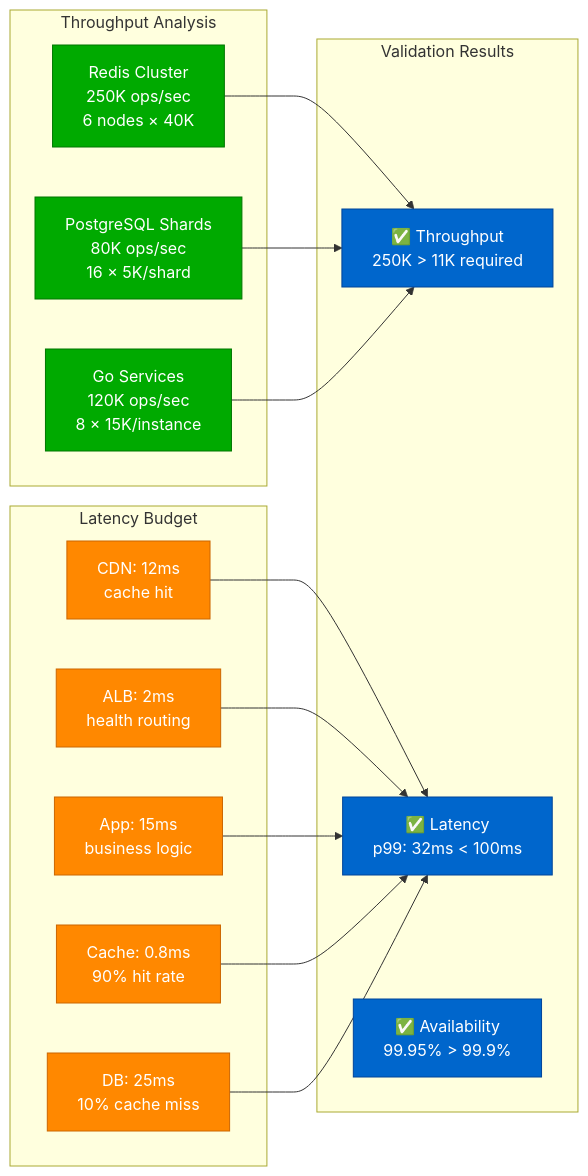
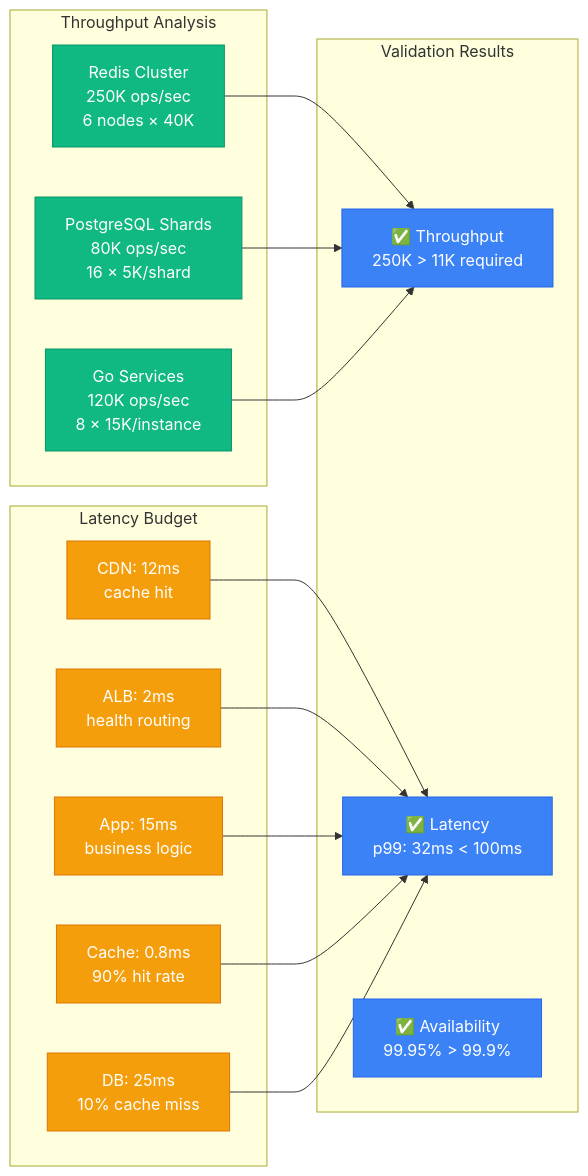
The second of 2 diagrams in site/docs/getting-started/quick-start.md (deepaucksharma/DS), drawn with Mermaid before and after one commit. The commit also changed other lines of this file and 303 other files, not shown here.

````diff
--- a/site/docs/getting-started/quick-start.md
+++ b/site/docs/getting-started/quick-start.md
@@ -107,39 +107,39 @@
 ```mermaid
 flowchart LR
     subgraph Throughput["Throughput Analysis"]
         CACHE["Redis Cluster<br/>250K ops/sec<br/>6 nodes × 40K"]
         DB["PostgreSQL Shards<br/>80K ops/sec<br/>16 × 5K/shard"]
         APP["Go Services<br/>120K ops/sec<br/>8 × 15K/instance"]
     end
 
     subgraph Latency["Latency Budget"]
         CDN_LAT["CDN: 12ms<br/>cache hit"]
         ALB_LAT["ALB: 2ms<br/>health routing"]
         APP_LAT["App: 15ms<br/>business logic"]
         CACHE_LAT["Cache: 0.8ms<br/>90% hit rate"]
         DB_LAT["DB: 25ms<br/>10% cache miss"]
     end
 
     subgraph Result["Validation Results"]
         THRU_OK["✅ Throughput<br/>250K > 11K required"]
         LAT_OK["✅ Latency<br/>p99: 32ms < 100ms"]
         AVAIL_OK["✅ Availability<br/>99.95% > 99.9%"]
     end
 
     CACHE --> THRU_OK
     DB --> THRU_OK
     APP --> THRU_OK
     CDN_LAT --> LAT_OK
     ALB_LAT --> LAT_OK
     APP_LAT --> LAT_OK
     CACHE_LAT --> LAT_OK
     DB_LAT --> LAT_OK
 
-    classDef throughputStyle fill:#00AA00,stroke:#007700,color:#fff
-    classDef latencyStyle fill:#FF8800,stroke:#CC6600,color:#fff
-    classDef resultStyle fill:#0066CC,stroke:#004499,color:#fff
+    classDef throughputStyle fill:#10B981,stroke:#059669,color:#fff
+    classDef latencyStyle fill:#F59E0B,stroke:#D97706,color:#fff
+    classDef resultStyle fill:#3B82F6,stroke:#2563EB,color:#fff
 
     class CACHE,DB,APP throughputStyle
     class CDN_LAT,ALB_LAT,APP_LAT,CACHE_LAT,DB_LAT latencyStyle
     class THRU_OK,LAT_OK,AVAIL_OK resultStyle
 ```
````
